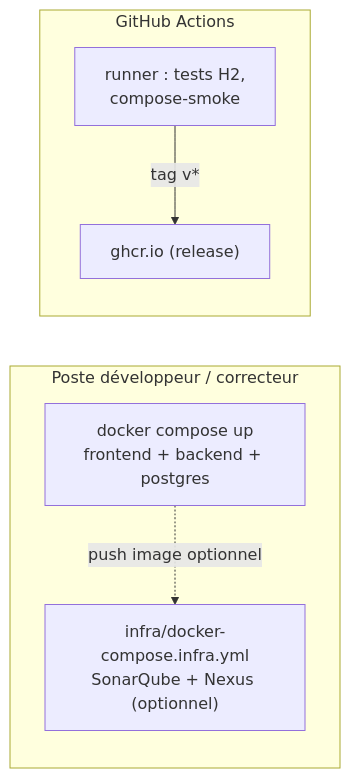
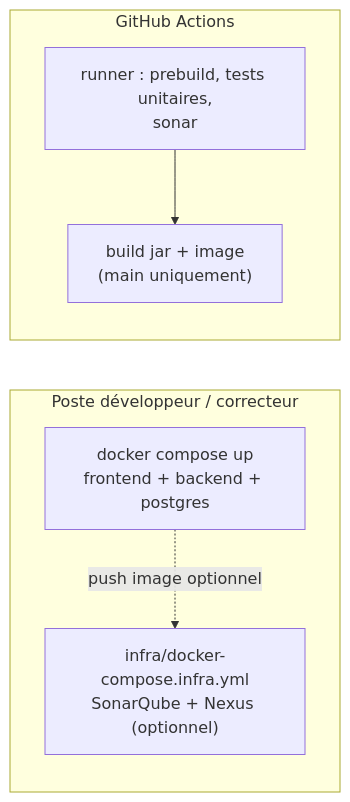
Before and after one commit to FranckHerve100/kfokam48-epreuve-KF48-YAO-260: the fifth of 6 diagrams in docs/ARCHITECTURE.md, drawn with Mermaid. The commit also changed other lines of this file and 3 other files, not shown here.

Commit message:
docs: décrire le pipeline prebuild, tests, Sonar, build et la porte locale

````diff
--- a/docs/ARCHITECTURE.md
+++ b/docs/ARCHITECTURE.md
@@ -204,13 +204,13 @@
 ```mermaid
 flowchart LR
     subgraph POSTE["Poste développeur / correcteur"]
         C1["docker compose up<br/>frontend + backend + postgres"]
         C2["infra/docker-compose.infra.yml<br/>SonarQube + Nexus (optionnel)"]
     end
     subgraph CI["GitHub Actions"]
-        T["runner : tests H2,<br/>compose-smoke"]
-        GHCR["ghcr.io (release)"]
+        T["runner : prebuild, tests unitaires,<br/>sonar"]
+        B["build jar + image<br/>(main uniquement)"]
     end
     C1 -. "push image optionnel" .-> C2
-    T -- "tag v*" --> GHCR
+    T --> B
 ```
````
